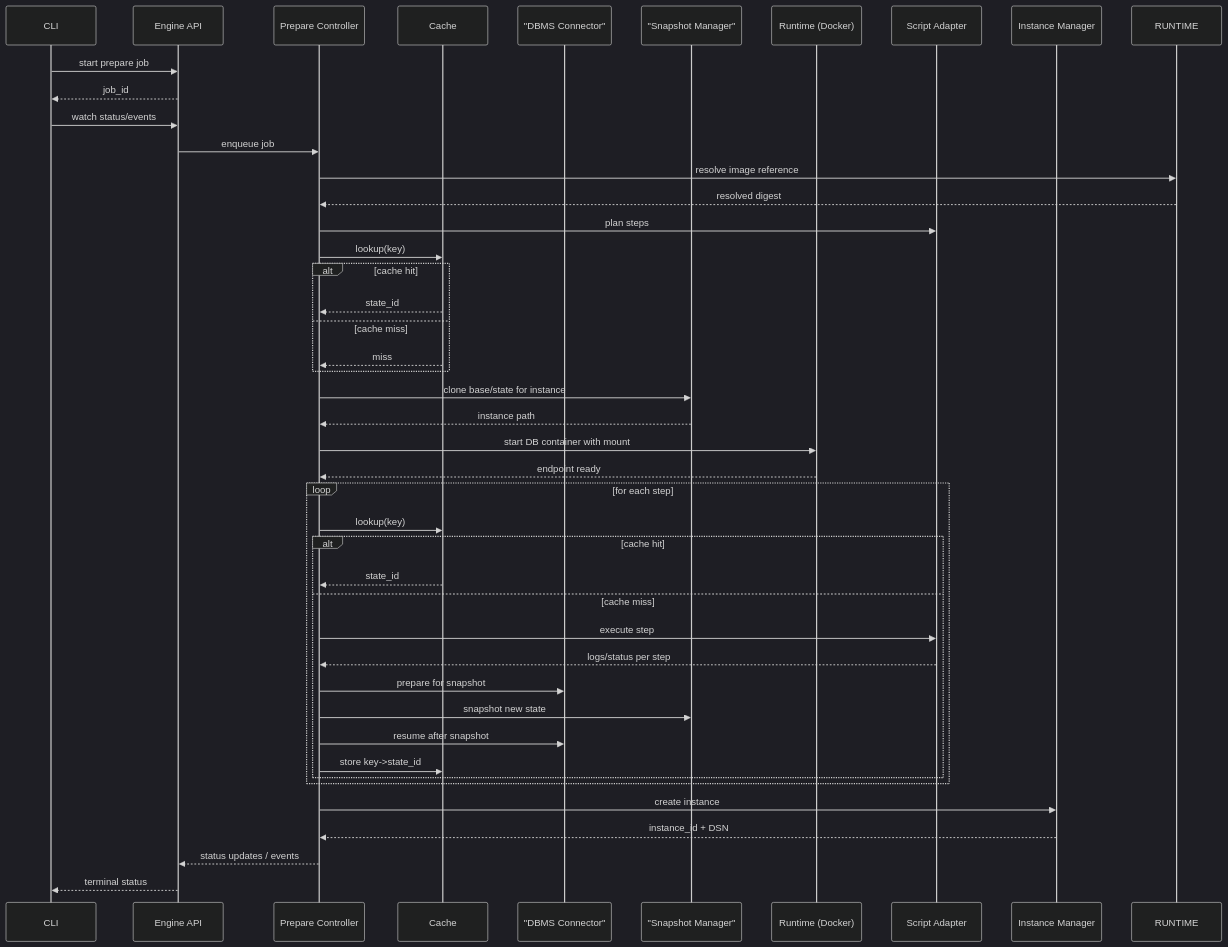
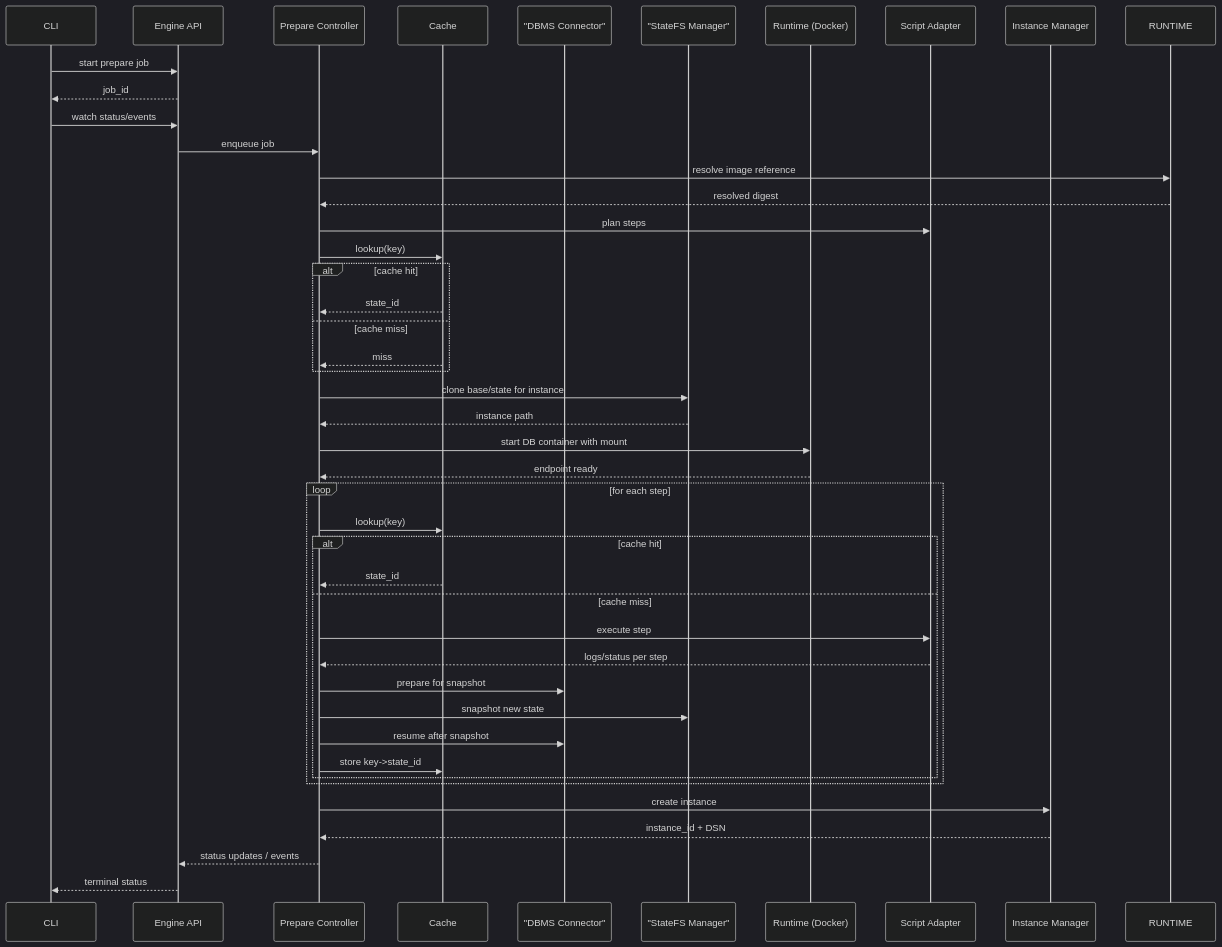
Before and after one commit to kimak-irmagi/taidon: the second of 6 diagrams in docs/architecture/engine-internals.md, drawn with Mermaid (dark theme). The commit also changed other lines of this file and 29 other files, not shown here.

````diff
--- a/docs/architecture/engine-internals.md
+++ b/docs/architecture/engine-internals.md
@@ -180,47 +180,47 @@
 ```mermaid
 sequenceDiagram
   participant CLI as CLI
   participant API as Engine API
   participant CTRL as Prepare Controller
   participant CACHE as Cache
   participant DBMS as "DBMS Connector"
-  participant SNAP as "Snapshot Manager"
+  participant SNAP as "StateFS Manager"
   participant RT as Runtime (Docker)
   participant ADAPTER as Script Adapter
   participant INST as Instance Manager
 
   CLI->>API: start prepare job
   API-->>CLI: job_id
   CLI->>API: watch status/events
   API->>CTRL: enqueue job
   CTRL->>RUNTIME: resolve image reference
   RUNTIME-->>CTRL: resolved digest
   CTRL->>ADAPTER: plan steps
   CTRL->>CACHE: lookup(key)
   alt cache hit
     CACHE-->>CTRL: state_id
   else cache miss
     CACHE-->>CTRL: miss
   end
   CTRL->>SNAP: clone base/state for instance
   SNAP-->>CTRL: instance path
   CTRL->>RT: start DB container with mount
   RT-->>CTRL: endpoint ready
   loop for each step
     CTRL->>CACHE: lookup(key)
     alt cache hit
       CACHE-->>CTRL: state_id
     else cache miss
       CTRL->>ADAPTER: execute step
       ADAPTER-->>CTRL: logs/status per step
       CTRL->>DBMS: prepare for snapshot
       CTRL->>SNAP: snapshot new state
       CTRL->>DBMS: resume after snapshot
       CTRL->>CACHE: store key->state_id
     end
   end
   CTRL->>INST: create instance
   INST-->>CTRL: instance_id + DSN
   CTRL-->>API: status updates / events
   API-->>CLI: terminal status
 ```
````
